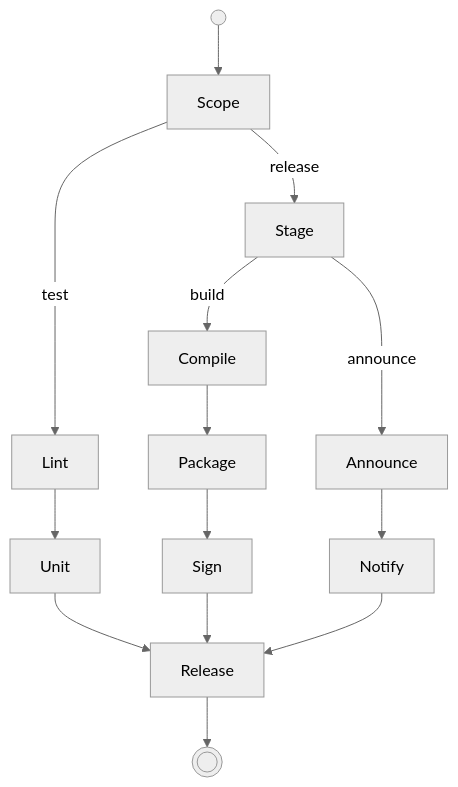
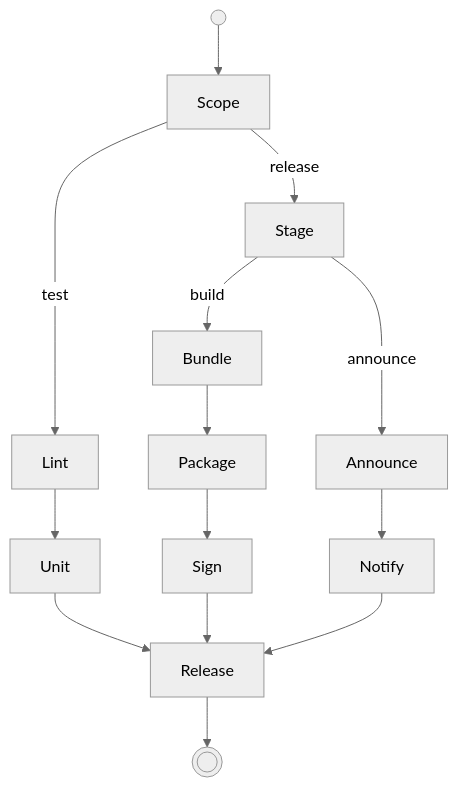
Before and after one commit to m2ux/prosiform: the diagram in evals/diagram-following/workflows/group-placement/diagram/workflow.md, drawn with Mermaid (neutral theme). The commit also changed 159 other files, not shown here.

````diff
--- a/evals/diagram-following/workflows/group-placement/diagram/workflow.md
+++ b/evals/diagram-following/workflows/group-placement/diagram/workflow.md
@@ -8,27 +8,27 @@
 ```mermaid
 flowchart TD
     Entry(( )) --> Scope
     Scope -->|test| Lint
     Scope -->|release| Stage
     Lint --> Unit
     Unit --> Release
-    Stage -->|build| Compile
+    Stage -->|build| Bundle
     Stage -->|announce| Announce
-    Compile --> Package
+    Bundle --> Package
     Package --> Sign
     Sign --> Release
     Announce --> Notify
     Notify --> Release
     Release --> Exit((( )))
 
     click Entry href "states/entry.md"
     click Scope href "states/scope.md"
     click Lint href "states/lint.md"
     click Unit href "states/unit.md"
     click Stage href "states/stage.md"
-    click Compile href "states/compile.md"
+    click Bundle href "states/bundle.md"
     click Announce href "states/announce.md"
     click Notify href "states/notify.md"
     click Release href "states/release.md"
     click Exit href "states/exit.md"
 ```
````
